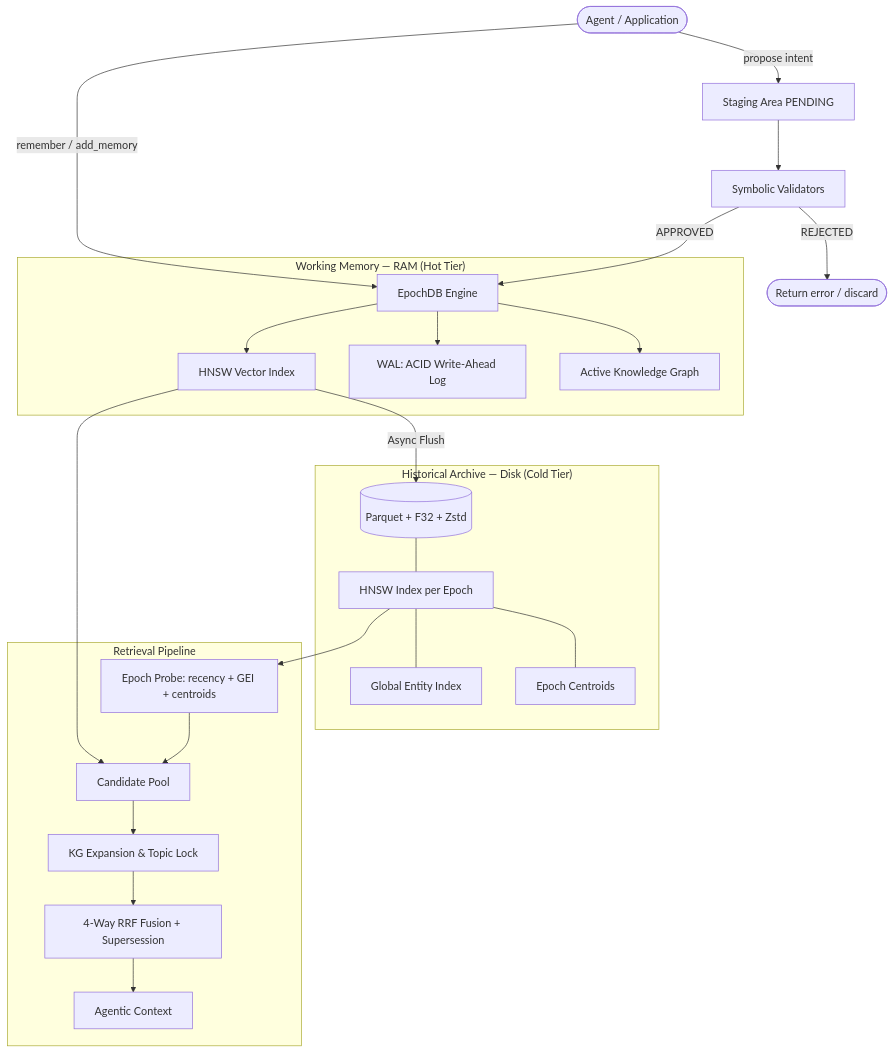
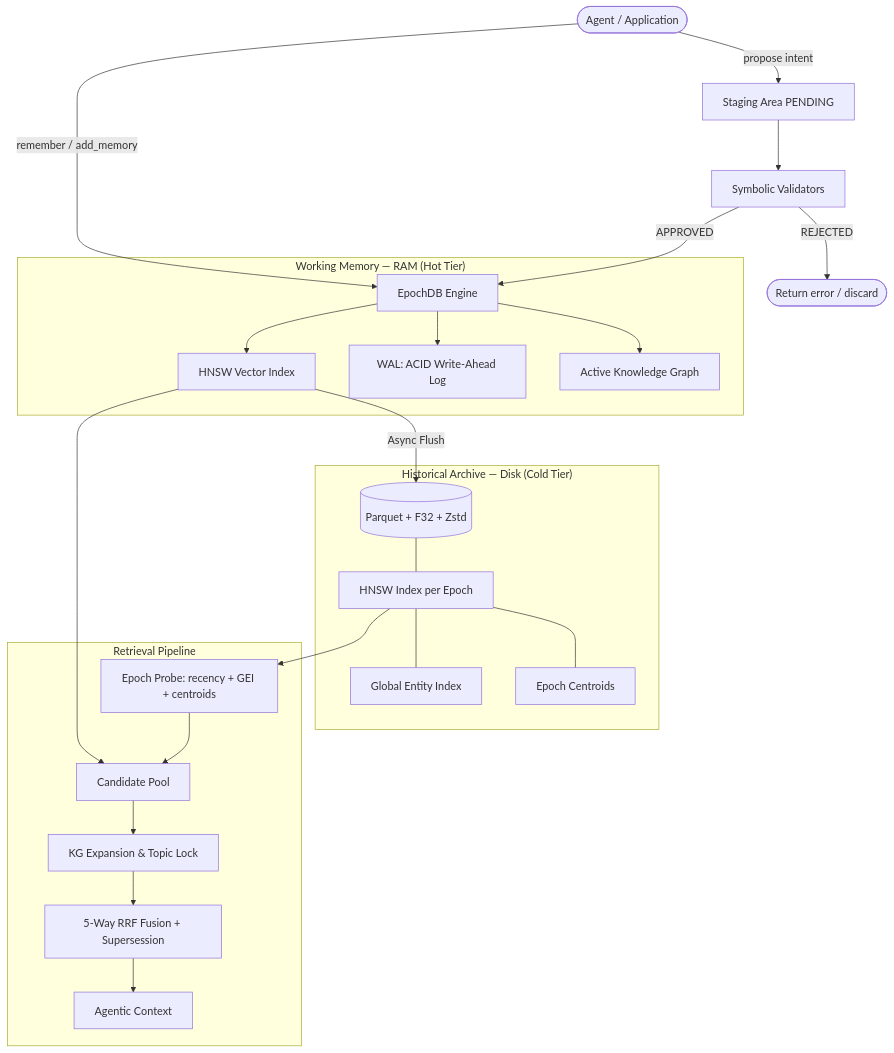
One commit to jersobh/epochdb changed the diagram in README.md. Above: the diagram before and after it, drawn with Mermaid. The commit also changed other lines of this file and 18 other files, not shown here.

````diff
--- a/README.md
+++ b/README.md
@@ -48,31 +50,31 @@
 ```mermaid
 graph TD
     Agent([Agent / Application]) -->|remember / add_memory| Engine[EpochDB Engine]
     Agent -->|propose intent| Stage[Staging Area PENDING]
 
     Stage --> Val[Symbolic Validators]
     Val -->|APPROVED| Engine
     Val -->|REJECTED| Reject([Return error / discard])
 
     subgraph "Working Memory — RAM (Hot Tier)"
         Engine --> HNSW_H[HNSW Vector Index]
         Engine --> WAL[WAL: ACID Write-Ahead Log]
         Engine --> KG[Active Knowledge Graph]
     end
 
     subgraph "Historical Archive — Disk (Cold Tier)"
         HNSW_H -->|Async Flush| Parquet[(Parquet + F32 + Zstd)]
         Parquet --- HNSW_C[HNSW Index per Epoch]
         HNSW_C --- GEI[Global Entity Index]
         HNSW_C --- Centroids[Epoch Centroids]
     end
 
     subgraph "Retrieval Pipeline"
         HNSW_H --> Pool[Candidate Pool]
         HNSW_C --> Probe[Epoch Probe: recency + GEI + centroids]
         Probe --> Pool
         Pool --> KG_Exp[KG Expansion & Topic Lock]
-        KG_Exp --> RRF[4-Way RRF Fusion + Supersession]
+        KG_Exp --> RRF[5-Way RRF Fusion + Supersession]
         RRF --> Context[Agentic Context]
     end
 ```
````
